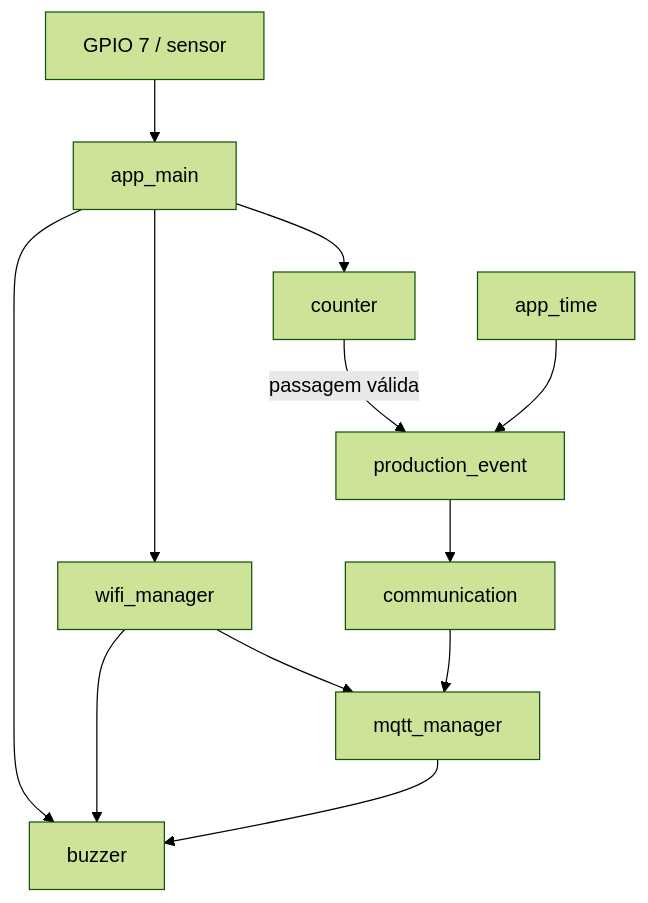
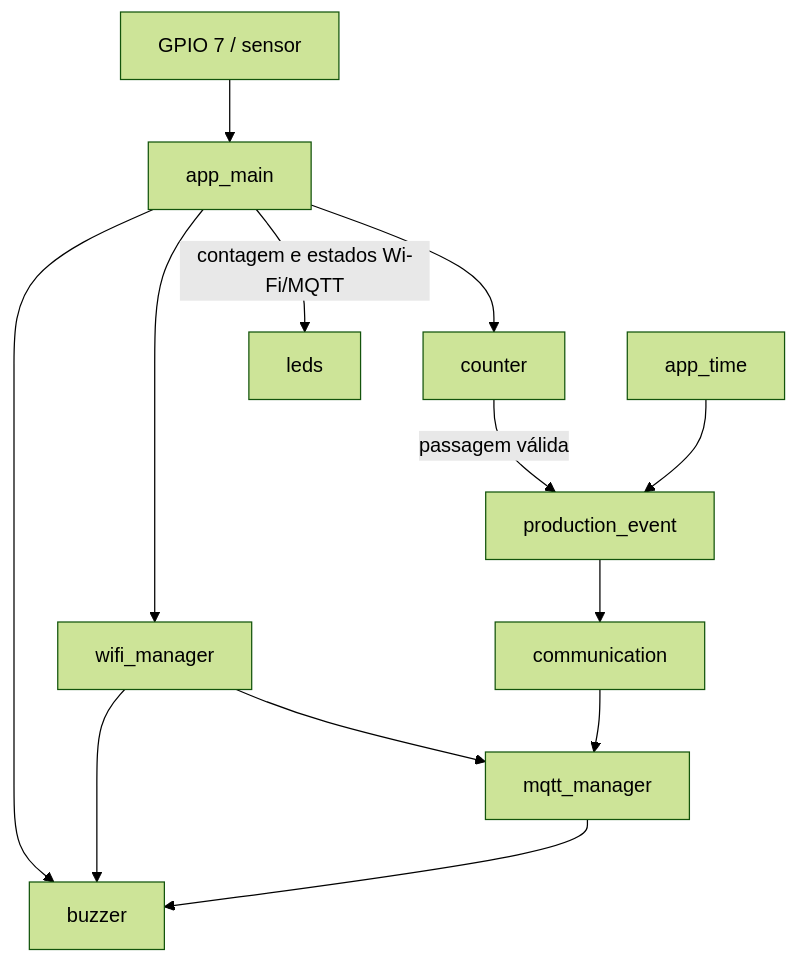
The first of 3 diagrams in main/README.md (joaohenriquebitu/FlowCount), drawn with Mermaid (forest theme) before and after one commit. The commit also changed other lines of this file and 14 other files, not shown here.

Commit message:
feat: adiciona LEDs independentes de contagem e conexao

````diff
--- a/main/README.md
+++ b/main/README.md
@@ -88,24 +93,26 @@
 ```mermaid
 flowchart TD
     MAIN["app_main"]
     SENSOR["GPIO 7 / sensor"]
     COUNTER["counter"]
     EVENTS["production_event"]
     TIME["app_time"]
     WIFI["wifi_manager"]
     MQTT["mqtt_manager"]
     COMM["communication"]
     BUZZER["buzzer"]
+    LEDS["leds"]
 
     SENSOR --> MAIN
     MAIN --> COUNTER
     COUNTER -->|passagem válida| EVENTS
     TIME --> EVENTS
     MAIN --> WIFI
     WIFI --> MQTT
     EVENTS --> COMM
     COMM --> MQTT
     MAIN --> BUZZER
+    MAIN -->|contagem e estados Wi-Fi/MQTT| LEDS
     WIFI --> BUZZER
     MQTT --> BUZZER
 ```
````
